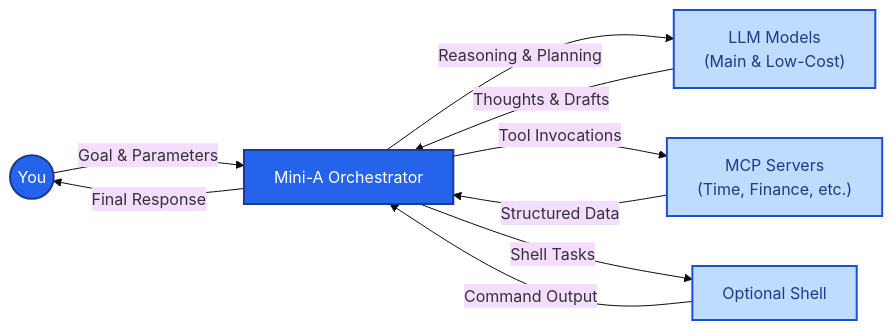
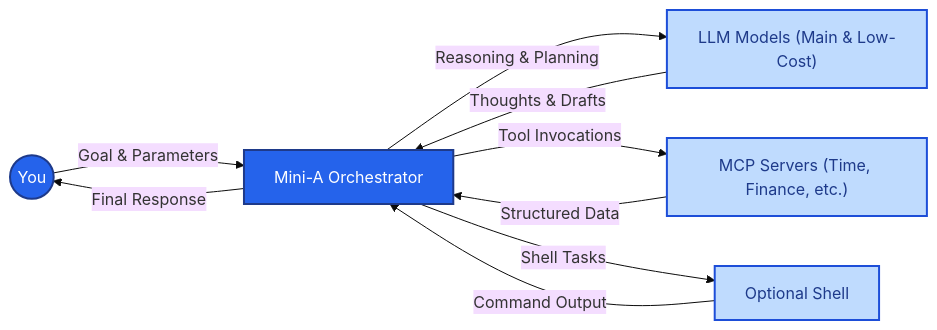
The diagram in README.md (OpenAF/mini-a), drawn with Mermaid (base theme) before and after one commit.

Commit message:
Fix formatting in README.md flowchart

````diff
--- a/README.md
+++ b/README.md
@@ -11,16 +11,16 @@
 ```mermaid
 flowchart LR
   User((You)) -->|Goal & Parameters| MiniA[Mini-A Orchestrator]
-  MiniA -->|Reasoning & Planning| LLM["LLM Models\n(Main & Low-Cost)"]
-  MiniA -->|Tool Invocations| MCP["MCP Servers\n(Time, Finance, etc.)"]
+  MiniA -->|Reasoning & Planning| LLM["LLM Models (Main & Low-Cost)"]
+  MiniA -->|Tool Invocations| MCP["MCP Servers (Time, Finance, etc.)"]
   MiniA -->|Shell Tasks| Shell["Optional Shell"]
   MCP -->|Structured Data| MiniA
   Shell -->|Command Output| MiniA
   LLM -->|Thoughts & Drafts| MiniA
   MiniA -->|Final Response| User
   classDef node fill:#2563eb,stroke:#1e3a8a,stroke-width:2px,color:#fff
   classDef peripheral fill:#bfdbfe,stroke:#1d4ed8,color:#1e3a8a
   class User node
   class MiniA node
   class LLM,MCP,Shell peripheral
 ```
````
